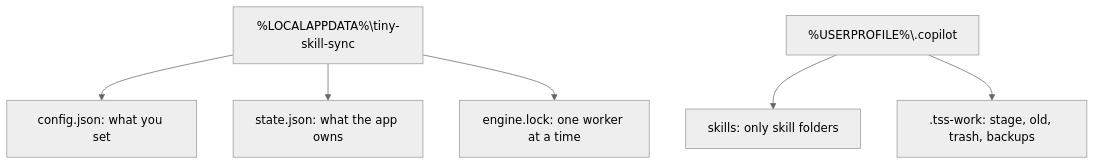
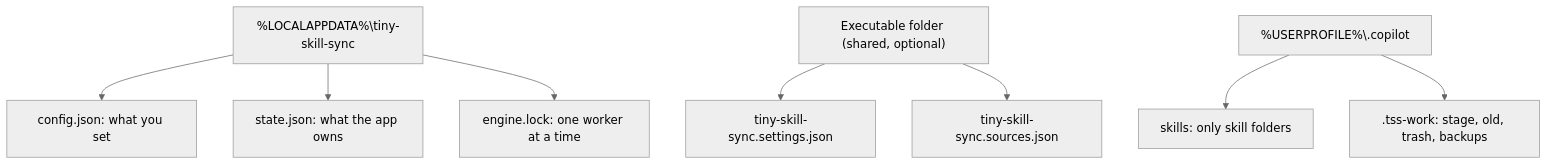
Before and after one commit to AngelosP/tiny-skill-sync: the sixth of 6 diagrams in ARCHITECTURE.md, drawn with Mermaid (neutral theme). The commit also changed other lines of this file and 43 other files, not shown here.

````diff
--- a/ARCHITECTURE.md
+++ b/ARCHITECTURE.md
@@ -344,8 +379,10 @@
 ```mermaid
 flowchart TD
     Home["%LOCALAPPDATA%\tiny-skill-sync"] --> Config[config.json: what you set]
     Home --> StateFile[state.json: what the app owns]
     Home --> LockFile[engine.lock: one worker at a time]
+    Exe["Executable folder (shared, optional)"] --> Settings[tiny-skill-sync.settings.json]
+    Exe --> Sources[tiny-skill-sync.sources.json]
     Parent["%USERPROFILE%\.copilot"] --> Skills[skills: only skill folders]
     Parent --> Work[.tss-work: stage, old, trash, backups]
 ```
````
